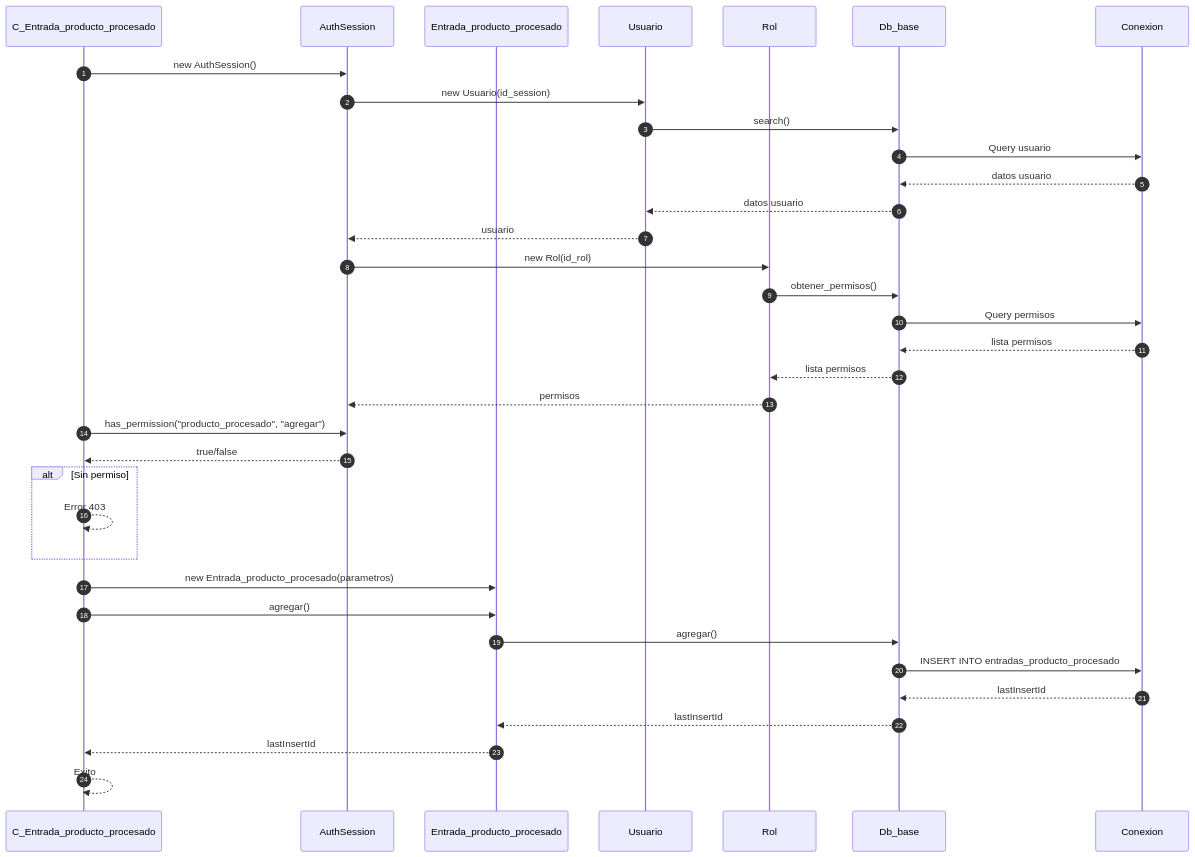
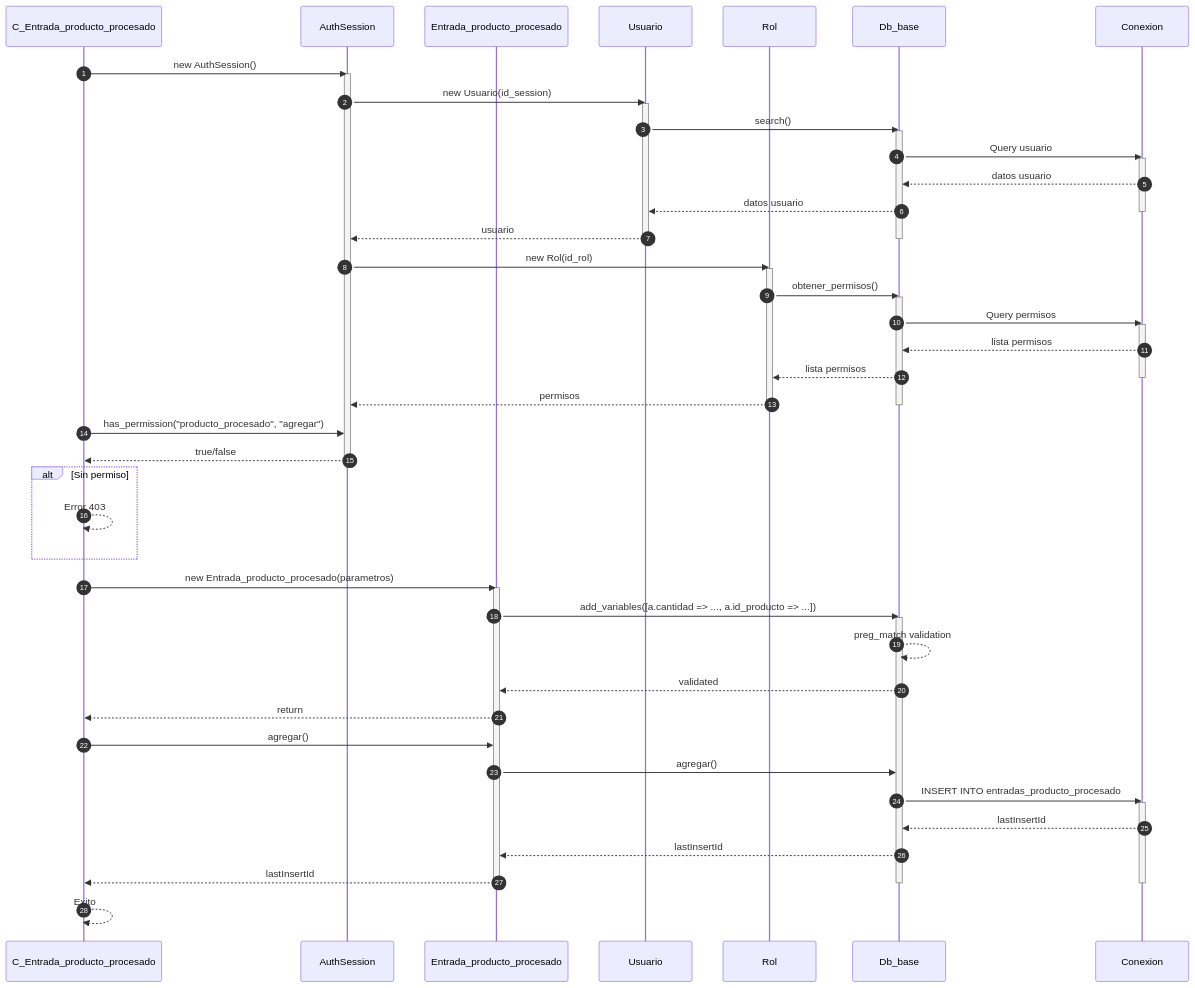
One commit to Tecrato/BurgerHouse changed the second of 4 diagrams in docs/secuencia/productos/producto_procesado.md. Above: the diagram before and after it, drawn with Mermaid. The commit also changed other lines of this file and 16 other files, not shown here.

First line of the commit message:
Annotate mermaid sequences & throttle generator

````diff
--- a/docs/secuencia/productos/producto_procesado.md
+++ b/docs/secuencia/productos/producto_procesado.md
@@ -51,43 +75,67 @@
 ```mermaid
 sequenceDiagram
     autonumber
     participant C_Entrada_PP as C_Entrada_producto_procesado
     participant AuthSession as AuthSession
     participant Entrada_PP as Entrada_producto_procesado
     participant Usuario as Usuario
     participant Rol as Rol
     participant Db_base as Db_base
     participant Conexion as Conexion
     
     C_Entrada_PP->>AuthSession: new AuthSession()
+    activate AuthSession
     AuthSession->>Usuario: new Usuario(id_session)
+    activate Usuario
     Usuario->>Db_base: search()
+    activate Db_base
     Db_base->>Conexion: Query usuario
+    activate Conexion
     Conexion-->>Db_base: datos usuario
     Db_base-->>Usuario: datos usuario
+    deactivate Conexion
     Usuario-->>AuthSession: usuario
+    deactivate Usuario
+    deactivate Db_base
     
     AuthSession->>Rol: new Rol(id_rol)
+    activate Rol
     Rol->>Db_base: obtener_permisos()
+    activate Db_base
     Db_base->>Conexion: Query permisos
+    activate Conexion
     Conexion-->>Db_base: lista permisos
     Db_base-->>Rol: lista permisos
+    deactivate Conexion
     Rol-->>AuthSession: permisos
+    deactivate Rol
+    deactivate Db_base
     
     C_Entrada_PP->>AuthSession: has_permission("producto_procesado", "agregar")
     AuthSession-->>C_Entrada_PP: true/false
+    deactivate AuthSession
     
     alt Sin permiso
         C_Entrada_PP-->>C_Entrada_PP: Error 403
     end
     
     C_Entrada_PP->>Entrada_PP: new Entrada_producto_procesado(parametros)
+    activate Entrada_PP
+    Entrada_PP->>Db_base: add_variables([a.cantidad => ..., a.id_producto => ...])
+    activate Db_base
+    Db_base-->>Db_base: preg_match validation
+    Db_base-->>Entrada_PP: validated
+    Entrada_PP-->>C_Entrada_PP: return
     C_Entrada_PP->>Entrada_PP: agregar()
     Entrada_PP->>Db_base: agregar()
     Db_base->>Conexion: INSERT INTO entradas_producto_procesado
+    activate Conexion
     Conexion-->>Db_base: lastInsertId
     Db_base-->>Entrada_PP: lastInsertId
     Entrada_PP-->>C_Entrada_PP: lastInsertId
+    deactivate Entrada_PP
+    deactivate Conexion
+    deactivate Db_base
     
     C_Entrada_PP-->>C_Entrada_PP: Exito
 ```
````
